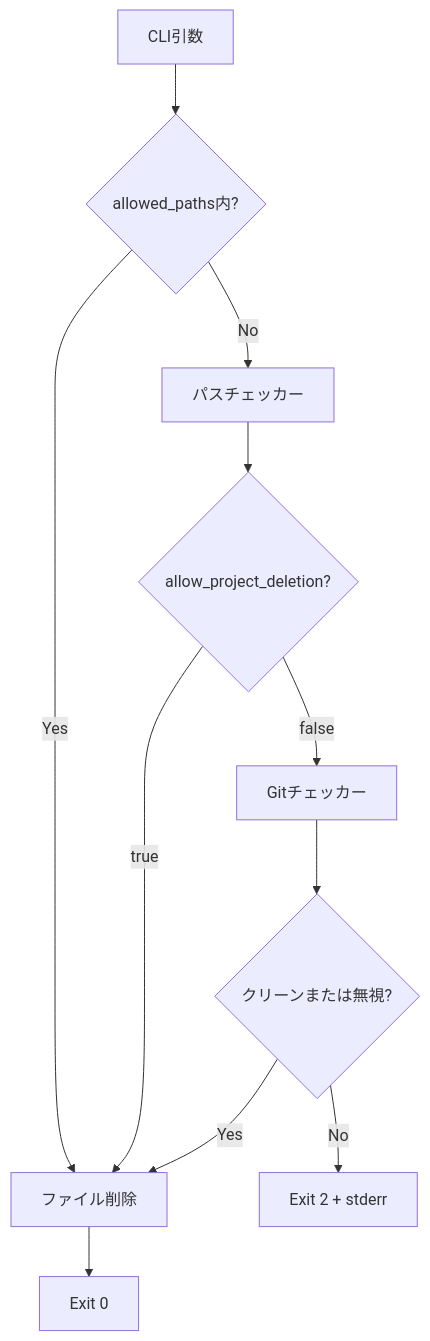
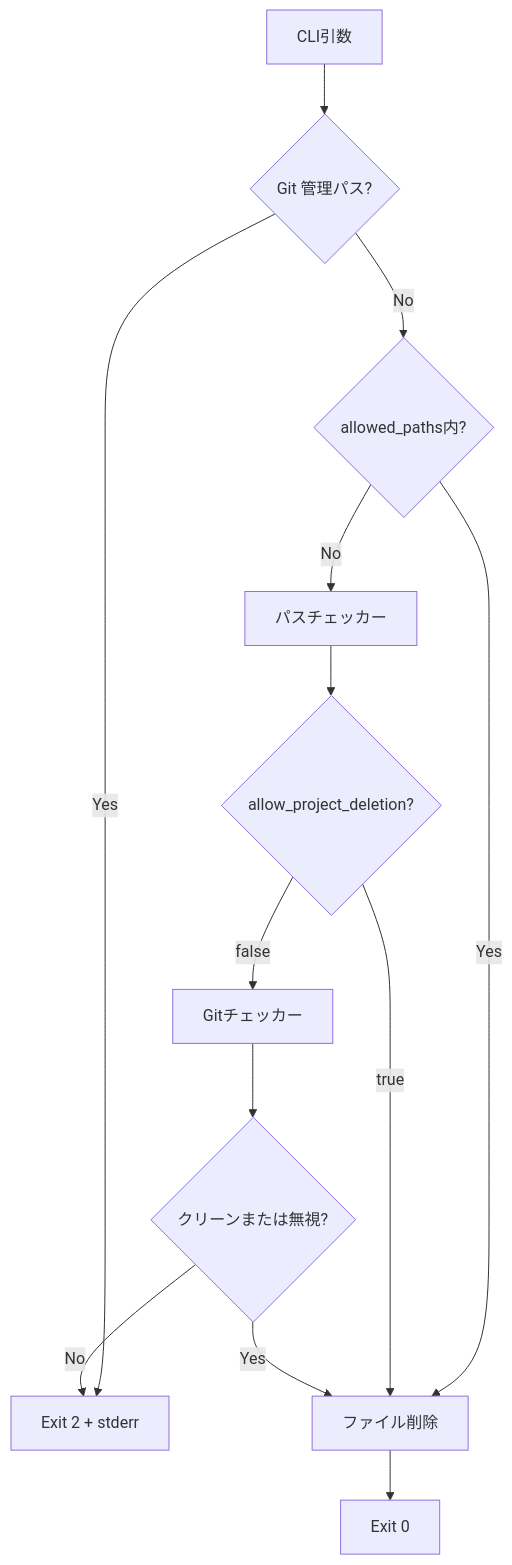
The first of 3 diagrams in README.ja.md (owayo/safe-rm), drawn with Mermaid before and after one commit. The commit also changed other lines of this file and 8 other files, not shown here.

````diff
--- a/README.ja.md
+++ b/README.ja.md
@@ -165,13 +166,15 @@
 ```mermaid
 flowchart TB
-    CLI[CLI引数] --> ConfigCheck{allowed_paths内?}
+    CLI[CLI引数] --> GitMetaCheck{Git 管理パス?}
+    GitMetaCheck -->|Yes| Exit2[Exit 2 + stderr]
+    GitMetaCheck -->|No| ConfigCheck{allowed_paths内?}
     ConfigCheck -->|Yes| Delete[ファイル削除]
     ConfigCheck -->|No| PathCheck[パスチェッカー]
     PathCheck --> ProjectCheck{allow_project_deletion?}
     ProjectCheck -->|true| Delete
     ProjectCheck -->|false| GitCheck[Gitチェッカー]
     GitCheck --> Result{クリーンまたは無視?}
     Result -->|Yes| Delete
-    Result -->|No| Exit2[Exit 2 + stderr]
+    Result -->|No| Exit2
     Delete --> Exit0[Exit 0]
 ```
````
